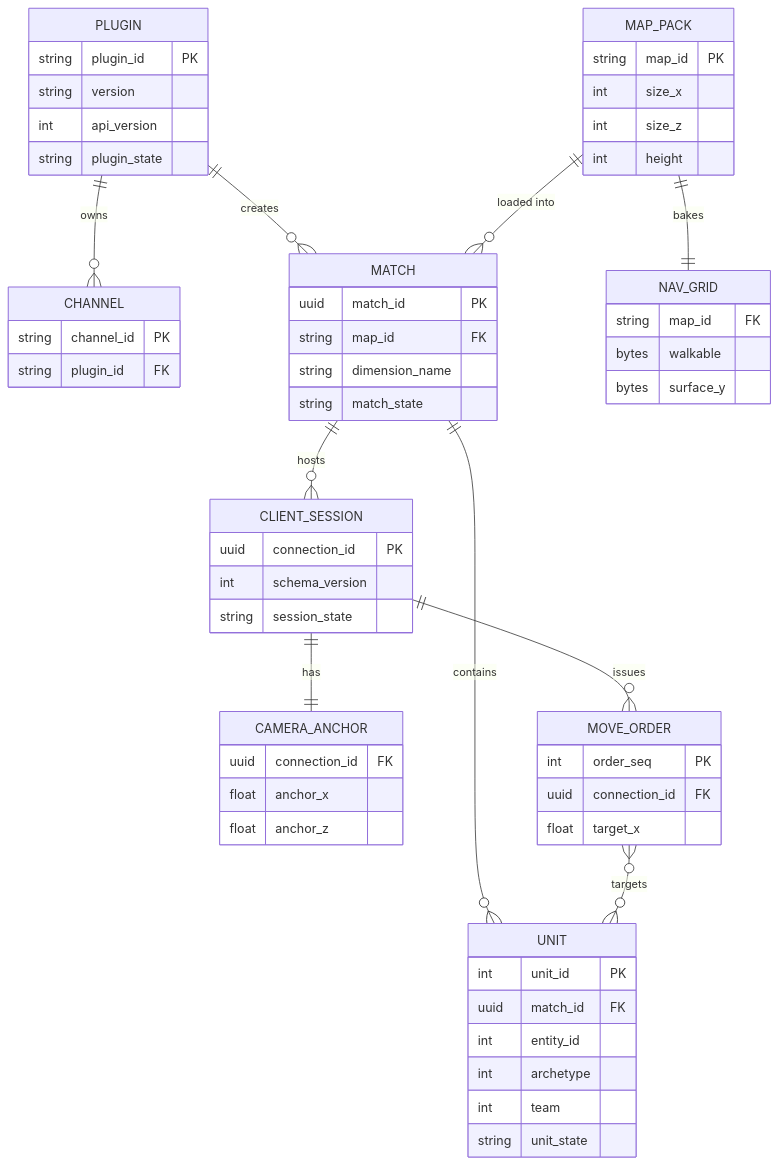
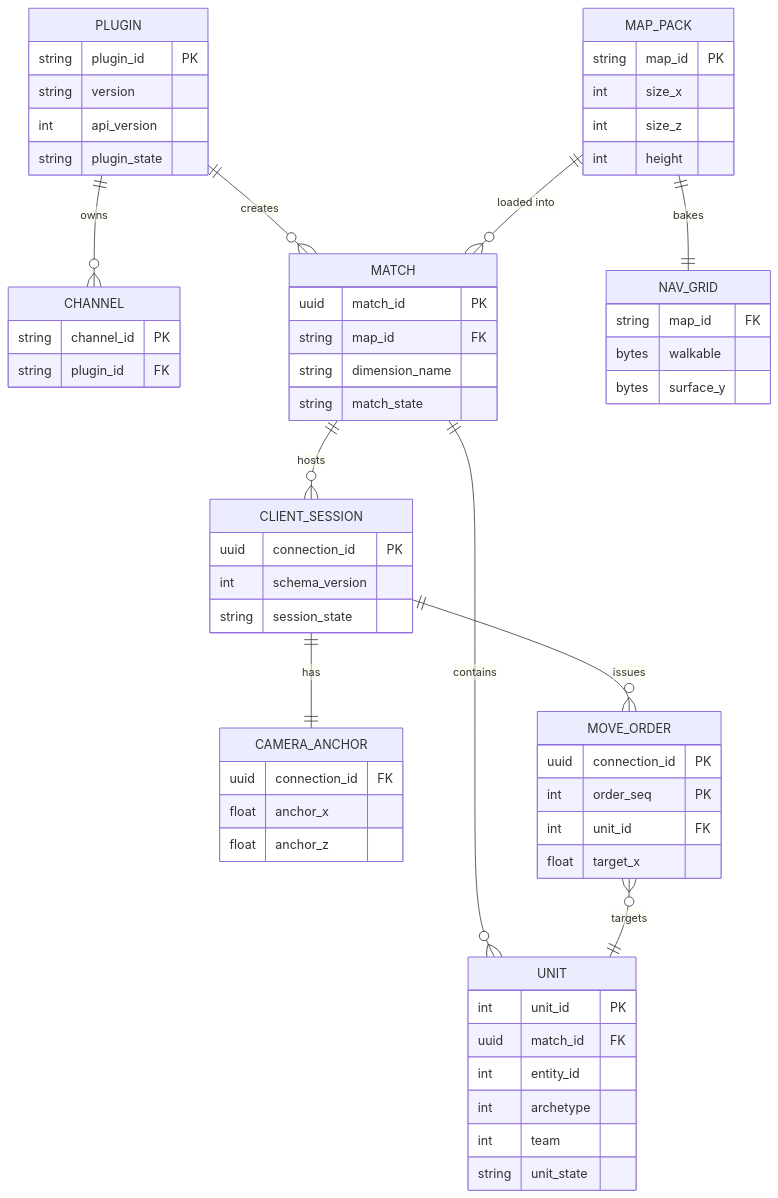
The second of 9 diagrams in docs/DESIGN-M2.md (Bearisbug/synaxis), drawn with Mermaid before and after one commit. The commit also changed other lines of this file and 2 other files, not shown here.

````diff
--- a/docs/DESIGN-M2.md
+++ b/docs/DESIGN-M2.md
@@ -152,62 +156,63 @@
 ```mermaid
 erDiagram
   PLUGIN ||--o{ CHANNEL : owns
   PLUGIN ||--o{ MATCH : creates
   MAP_PACK ||--|| NAV_GRID : bakes
   MAP_PACK ||--o{ MATCH : "loaded into"
   MATCH ||--o{ UNIT : contains
   MATCH ||--o{ CLIENT_SESSION : hosts
   CLIENT_SESSION ||--|| CAMERA_ANCHOR : has
   CLIENT_SESSION ||--o{ MOVE_ORDER : issues
-  MOVE_ORDER }o--o{ UNIT : targets
+  MOVE_ORDER }o--|| UNIT : targets
   PLUGIN {
     string plugin_id PK
     string version
     int api_version
     string plugin_state
   }
   CHANNEL {
     string channel_id PK
     string plugin_id FK
   }
   MAP_PACK {
     string map_id PK
     int size_x
     int size_z
     int height
   }
   NAV_GRID {
     string map_id FK
     bytes walkable
     bytes surface_y
   }
   MATCH {
     uuid match_id PK
     string map_id FK
     string dimension_name
     string match_state
   }
   UNIT {
     int unit_id PK
     uuid match_id FK
     int entity_id
     int archetype
     int team
     string unit_state
   }
   CLIENT_SESSION {
     uuid connection_id PK
     int schema_version
     string session_state
   }
   CAMERA_ANCHOR {
     uuid connection_id FK
     float anchor_x
     float anchor_z
   }
   MOVE_ORDER {
+    uuid connection_id PK
     int order_seq PK
-    uuid connection_id FK
+    int unit_id FK
     float target_x
   }
 ```
````
